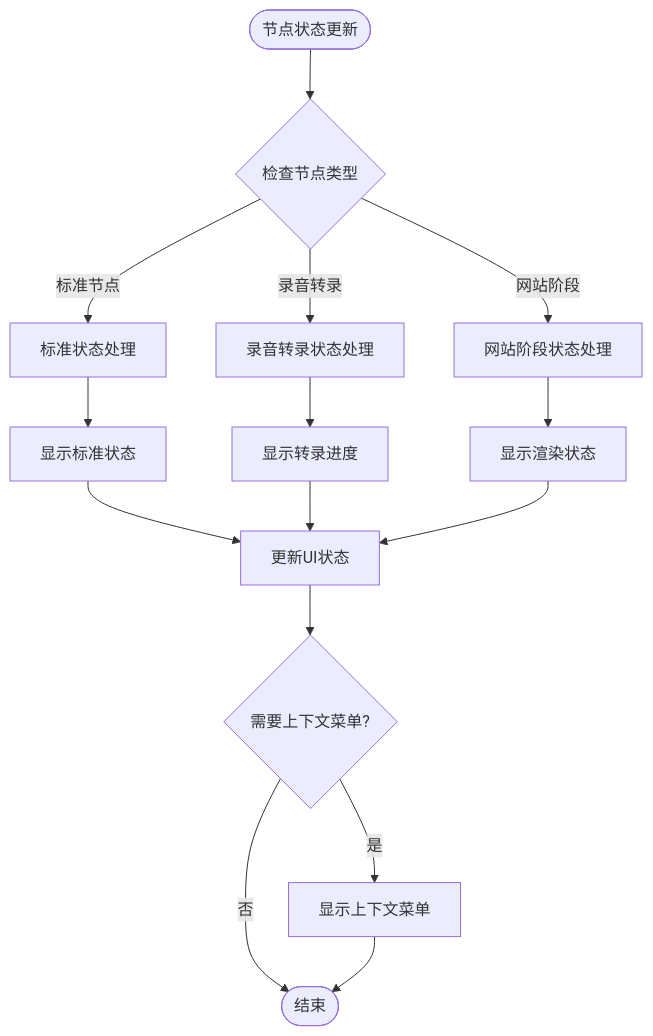
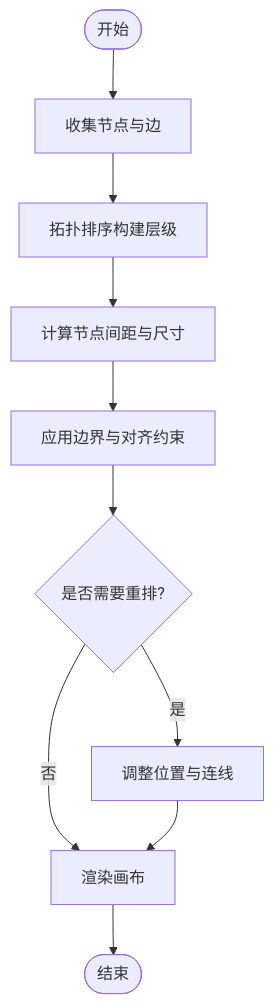
The fourth of 11 diagrams in .qoder/repowiki/zh/content/画布编辑器/画布编辑器.md (scottcwy/PurpleInk), drawn with Mermaid before and after one commit. The commit also changed other lines of this file and 872 other files, not shown here.

````diff
--- a/.qoder/repowiki/zh/content/画布编辑器/画布编辑器.md
+++ b/.qoder/repowiki/zh/content/画布编辑器/画布编辑器.md
@@ -537,17 +293,12 @@
 ```mermaid
 flowchart TD
-Start(["节点状态更新"]) --> CheckType{"检查节点类型"}
-CheckType --> |标准节点| StandardStatus["标准状态处理"]
-CheckType --> |录音转录| RecordingStatus["录音转录状态处理"]
-CheckType --> |网站阶段| WebsiteStatus["网站阶段状态处理"]
-StandardStatus --> DisplayState["显示标准状态"]
-RecordingStatus --> DisplayRecording["显示转录进度"]
-WebsiteStatus --> DisplayWebsite["显示渲染状态"]
-DisplayState --> UpdateUI["更新UI状态"]
-DisplayRecording --> UpdateUI
-DisplayWebsite --> UpdateUI
-UpdateUI --> CheckContextMenu{"需要上下文菜单?"}
-CheckContextMenu --> |是| ShowContextMenu["显示上下文菜单"]
-CheckContextMenu --> |否| End(["结束"])
-ShowContextMenu --> End
+Start(["开始"]) --> CollectNodes["收集节点与边"]
+CollectNodes --> TopoSort["拓扑排序构建层级"]
+TopoSort --> ComputeSpacing["计算节点间距与尺寸"]
+ComputeSpacing --> ApplyConstraints["应用边界与对齐约束"]
+ApplyConstraints --> ReLayout{"是否需要重排?"}
+ReLayout --> |是| Adjust["调整位置与连线"]
+ReLayout --> |否| Render["渲染画布"]
+Adjust --> Render
+Render --> End(["结束"])
 ```
````
